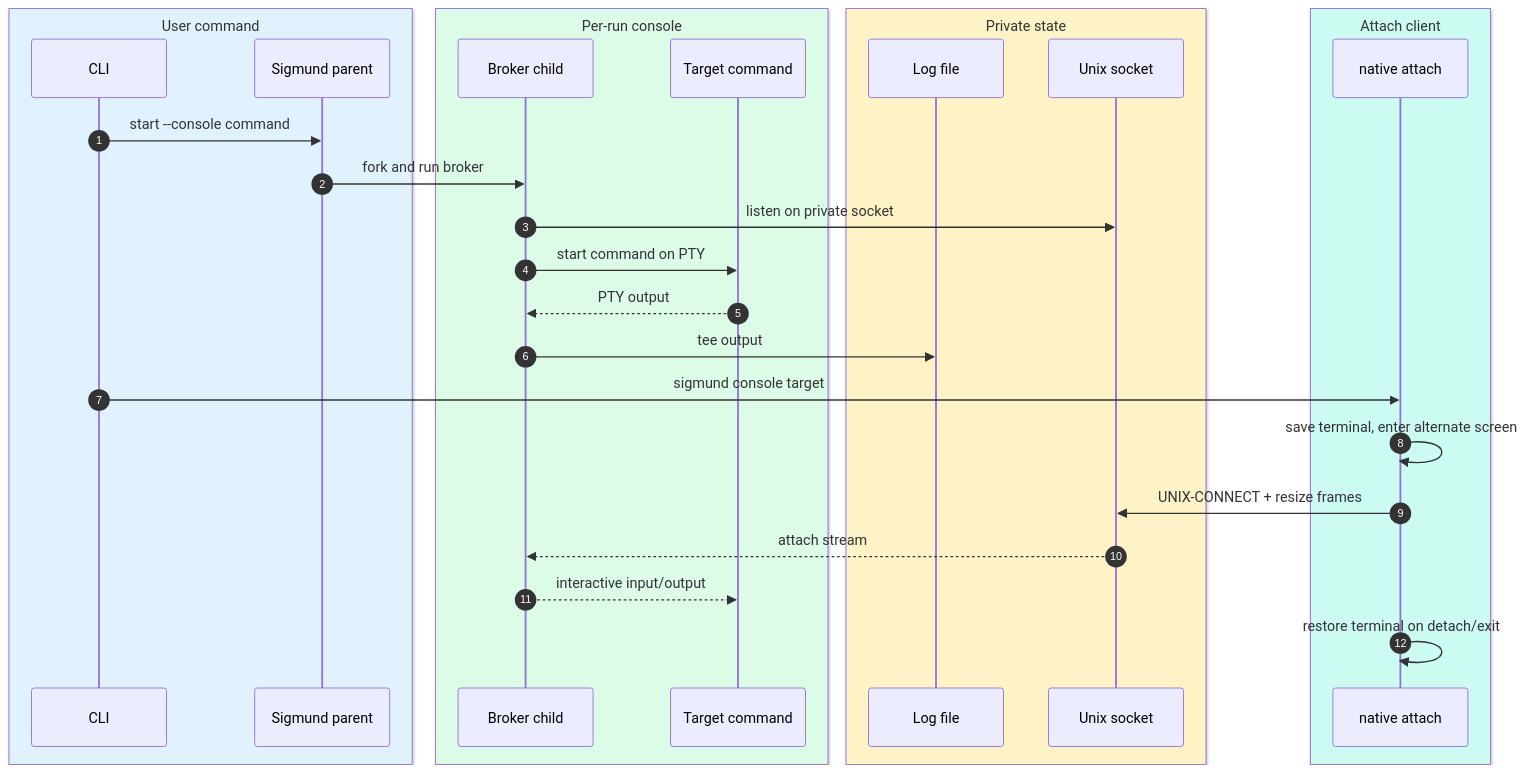
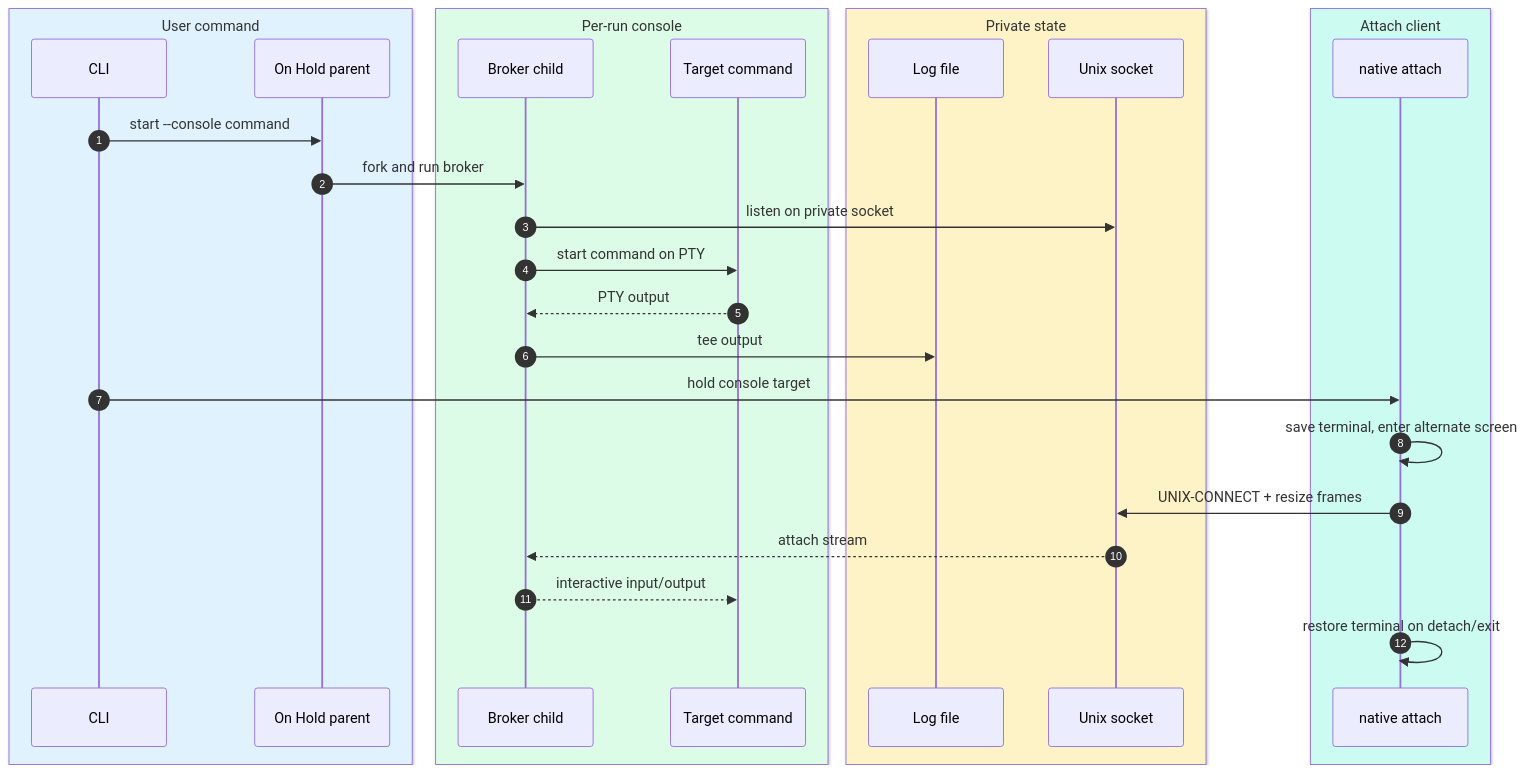
The first of 2 diagrams in docs/console.md (RchGrav/HoldOn), drawn with Mermaid before and after one commit. The commit also changed other lines of this file and 91 other files, not shown here.

````diff
--- a/docs/console.md
+++ b/docs/console.md
@@ -13,32 +13,32 @@
 ```mermaid
 sequenceDiagram
     autonumber
     box rgb(224, 242, 254) User command
     participant CLI as CLI
-    participant Parent as Sigmund parent
+    participant Parent as On Hold parent
     end
     box rgb(220, 252, 231) Per-run console
     participant Broker as Broker child
     participant Target as Target command
     end
     box rgb(254, 243, 199) Private state
     participant Log as Log file
     participant Socket as Unix socket
     end
     box rgb(204, 251, 241) Attach client
     participant Attach as native attach
     end
 
     CLI->>Parent: start --console command
     Parent->>Broker: fork and run broker
     Broker->>Socket: listen on private socket
     Broker->>Target: start command on PTY
     Target-->>Broker: PTY output
     Broker->>Log: tee output
-    CLI->>Attach: sigmund console target
+    CLI->>Attach: hold console target
     Attach->>Attach: save terminal, enter alternate screen
     Attach->>Socket: UNIX-CONNECT + resize frames
     Socket-->>Broker: attach stream
     Broker-->>Target: interactive input/output
     Attach->>Attach: restore terminal on detach/exit
 ```
````
